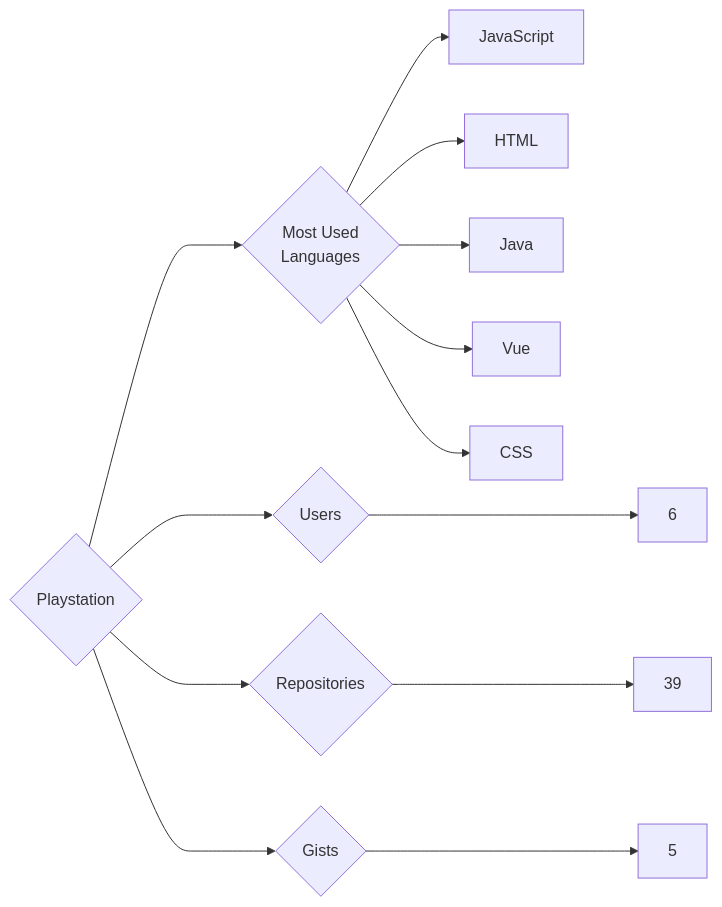
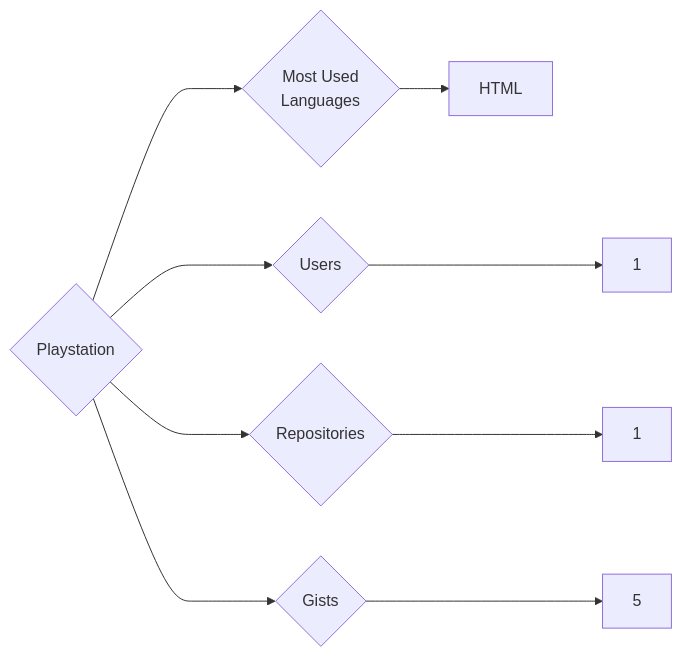
The diagram in targets/Playstation/README.md (trickest/insiders), drawn with Mermaid before and after one commit. The commit also changed 898 other files, not shown here.

````diff
--- a/targets/Playstation/README.md
+++ b/targets/Playstation/README.md
@@ -3,13 +3,9 @@
 ```mermaid
 graph LR
 COMPANY_NAME{Playstation}
-COMPANY_NAME ---> U{Users} ---> UN[6]
-COMPANY_NAME ---> R{Repositories} ---> RN[39]
+COMPANY_NAME ---> U{Users} ---> UN[1]
+COMPANY_NAME ---> R{Repositories} ---> RN[1]
 COMPANY_NAME ---> G{Gists} ---> GN[5]
 COMPANY_NAME ---> ML{Most Used<br>Languages}
-ML --> JavaScript[JavaScript]
 ML --> HTML[HTML]
-ML --> Java[Java]
-ML --> Vue[Vue]
-ML --> CSS[CSS]
 ```
````
